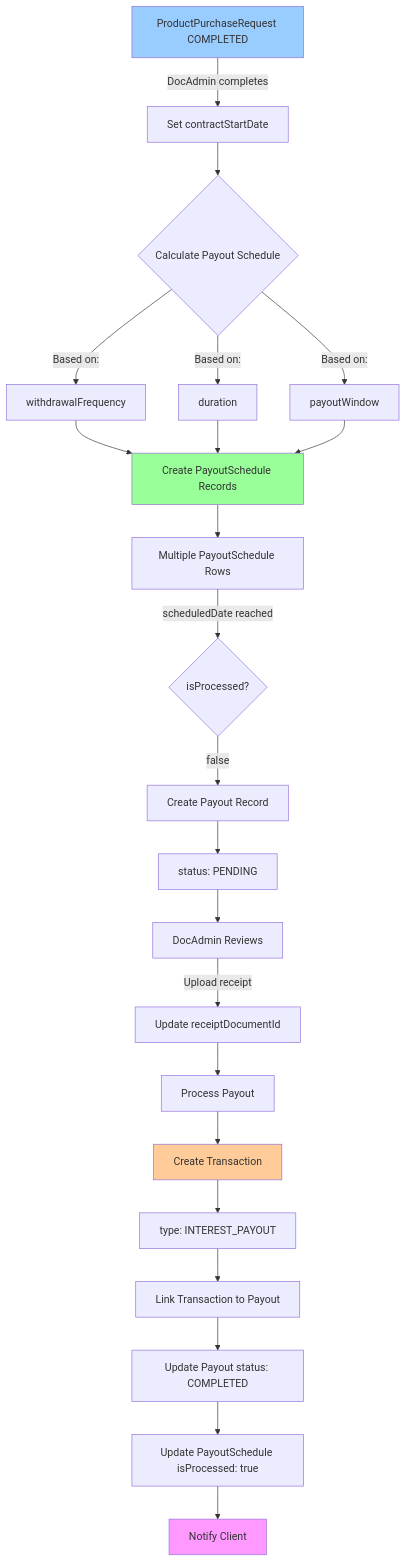
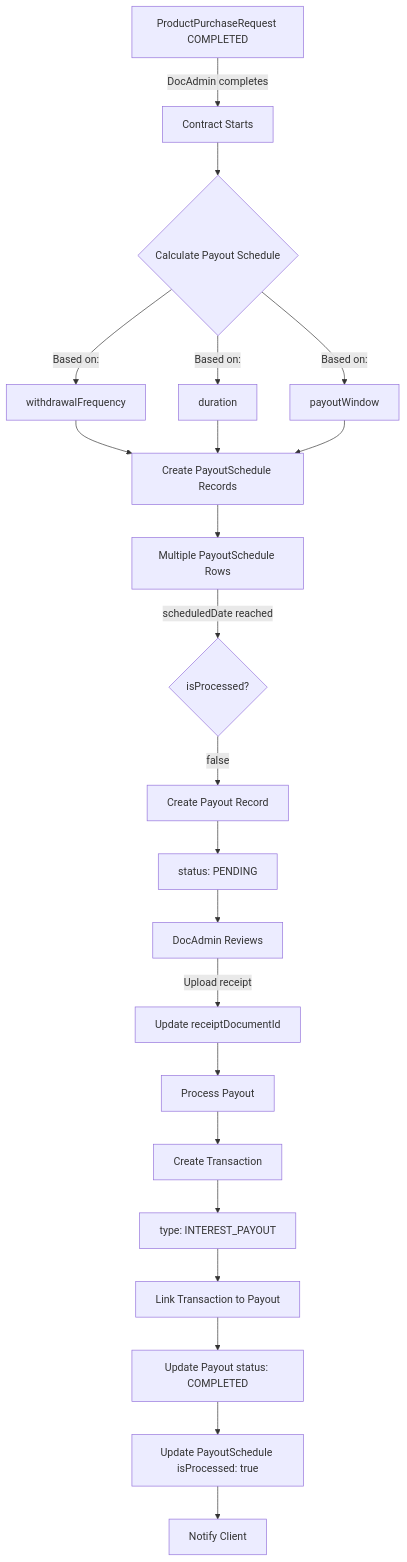
One commit to yashpandav/wealth-management changed the sixth of 10 diagrams in DATABASE_SCHEMA.md. Above: the diagram before and after it, drawn with Mermaid. The commit also changed other lines of this file, not shown here.

Commit message:
Database flow design

````diff
--- a/DATABASE_SCHEMA.md
+++ b/DATABASE_SCHEMA.md
@@ -525,40 +541,35 @@
 ```mermaid
 flowchart TD
-    A[ProductPurchaseRequest COMPLETED] -->|DocAdmin completes| B[Set contractStartDate]
+    A[ProductPurchaseRequest COMPLETED] -->|DocAdmin completes| B[Contract Starts]
 
     B --> C{Calculate Payout Schedule}
 
     C -->|Based on:| D[withdrawalFrequency]
     C -->|Based on:| E[duration]
     C -->|Based on:| F[payoutWindow]
 
     D --> G[Create PayoutSchedule Records]
     E --> G
     F --> G
 
     G --> H[Multiple PayoutSchedule Rows]
 
     H -->|scheduledDate reached| I{isProcessed?}
 
     I -->|false| J[Create Payout Record]
     J --> K[status: PENDING]
 
     K --> L[DocAdmin Reviews]
 
     L -->|Upload receipt| M[Update receiptDocumentId]
     M --> N[Process Payout]
 
     N --> O[Create Transaction]
     O --> P[type: INTEREST_PAYOUT]
 
     P --> Q[Link Transaction to Payout]
     Q --> R[Update Payout status: COMPLETED]
     R --> S[Update PayoutSchedule isProcessed: true]
 
     S --> T[Notify Client]
-
-    style A fill:#99ccff
-    style G fill:#99ff99
-    style O fill:#ffcc99
-    style T fill:#ff99ff
 ```
````
